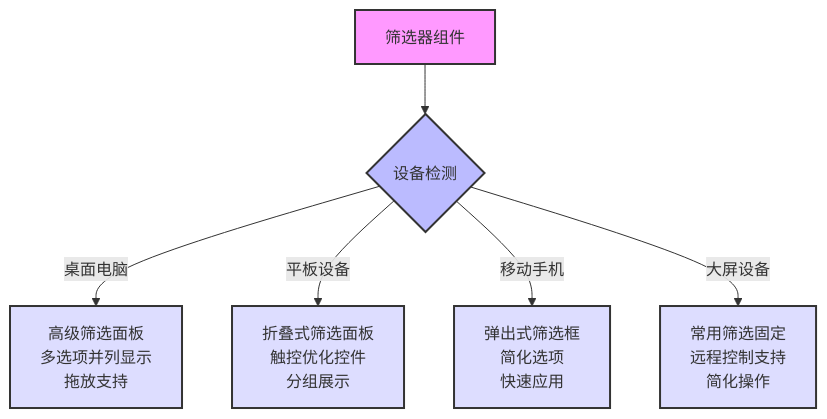
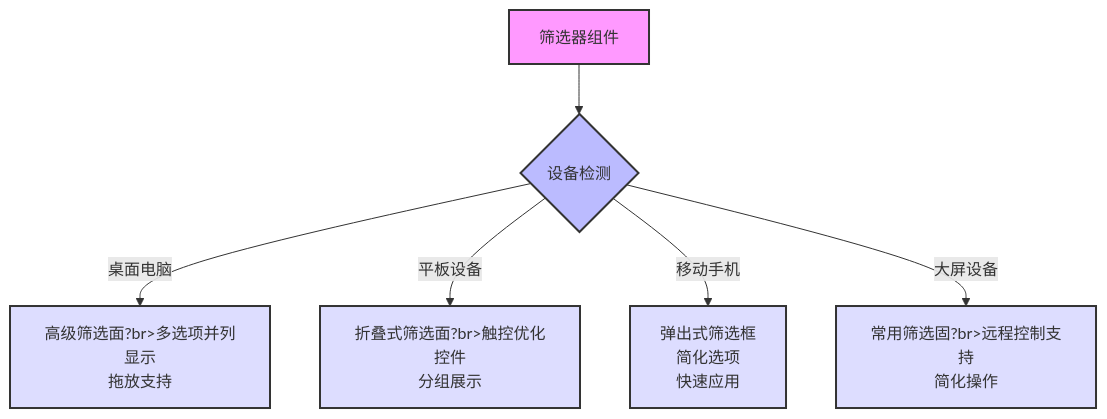
One commit to amcoimg/my-digital-garden changed the sixth of 6 diagrams in src/site/notes/知识共享/001_财务/02_财务BI看板项目/看板架构设计/整体架构规划/多端适配策略.md. Above: the diagram before and after it, drawn with Mermaid. The commit also changed other lines of this file and 16 other files, not shown here.

````diff
--- a/src/site/notes/知识共享/001_财务/02_财务BI看板项目/看板架构设计/整体架构规划/多端适配策略.md
+++ b/src/site/notes/知识共享/001_财务/02_财务BI看板项目/看板架构设计/整体架构规划/多端适配策略.md
@@ -340,16 +346,16 @@
 ```mermaid
 graph TD
     A[筛选器组件] --> B{设备检测}
     
-    B -->|桌面电脑| C[高级筛选面板<br>多选项并列显示<br>拖放支持]
-    B -->|平板设备| D[折叠式筛选面板<br>触控优化控件<br>分组展示]
+    B -->|桌面电脑| C[高级筛选面?br>多选项并列显示<br>拖放支持]
+    B -->|平板设备| D[折叠式筛选面?br>触控优化控件<br>分组展示]
     B -->|移动手机| E[弹出式筛选框<br>简化选项<br>快速应用]
-    B -->|大屏设备| F[常用筛选固定<br>远程控制支持<br>简化操作]
+    B -->|大屏设备| F[常用筛选固?br>远程控制支持<br>简化操作]
     
     style A fill:#f9f,stroke:#333,stroke-width:2px
     style B fill:#bbf,stroke:#333,stroke-width:2px
     style C fill:#ddf,stroke:#333,stroke-width:2px
     style D fill:#ddf,stroke:#333,stroke-width:2px
     style E fill:#ddf,stroke:#333,stroke-width:2px
     style F fill:#ddf,stroke:#333,stroke-width:2px
 ```
````
